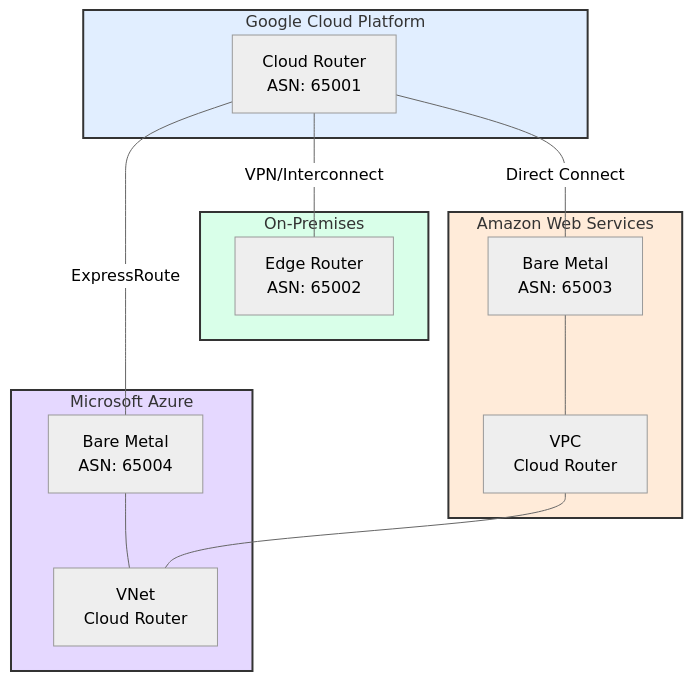
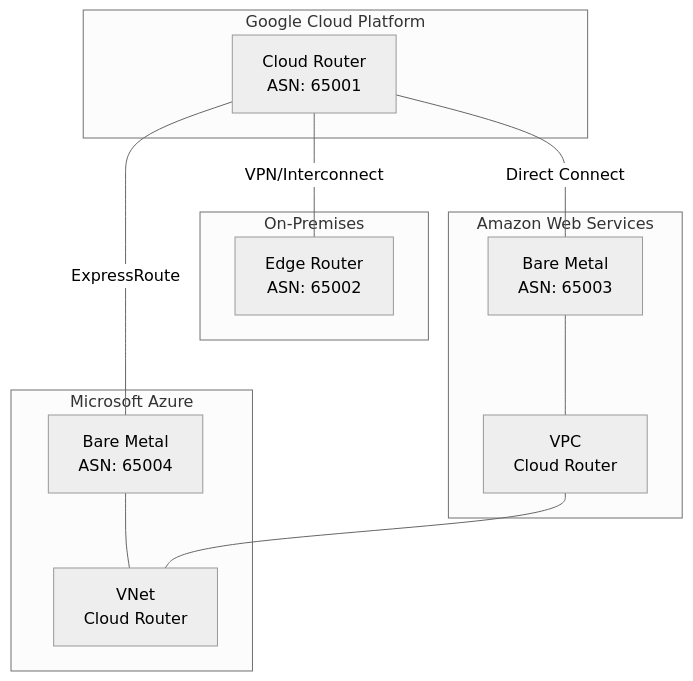
The diagram in google-cloud/core-infrastructure/core-network/multi-cloud-network-readme.md (rodneypuplampu/site-reliability-engineering-best-practices), drawn with Mermaid (neutral theme) before and after one commit.

````diff
--- a/google-cloud/core-infrastructure/core-network/multi-cloud-network-readme.md
+++ b/google-cloud/core-infrastructure/core-network/multi-cloud-network-readme.md
@@ -9,33 +9,30 @@
 ```mermaid
 flowchart TB
     subgraph GCP[Google Cloud Platform]
         CR[Cloud Router\nASN: 65001]
     end
     
     subgraph ONPREM[On-Premises]
         OP[Edge Router\nASN: 65002]
     end
     
     subgraph AWS[Amazon Web Services]
         AWSBM[Bare Metal\nASN: 65003]
         AWSVPC[VPC\nCloud Router]
     end
     
     subgraph AZURE[Microsoft Azure]
         AZBM[Bare Metal\nASN: 65004]
         AZVNET[VNet\nCloud Router]
     end
     
     CR --- |VPN/Interconnect| OP
     CR --- |Direct Connect| AWSBM
     CR --- |ExpressRoute| AZBM
     
     AWSBM --- AWSVPC
     AZBM --- AZVNET
     AWSVPC --- AZVNET
 
-    style GCP fill:#e1eeff,stroke:#333,stroke-width:2px
-    style AWS fill:#ffebd9,stroke:#333,stroke-width:2px
-    style AZURE fill:#e5d8ff,stroke:#333,stroke-width:2px
-    style ONPREM fill:#d9ffe9,stroke:#333,stroke-width:2px
+
 ```
````
